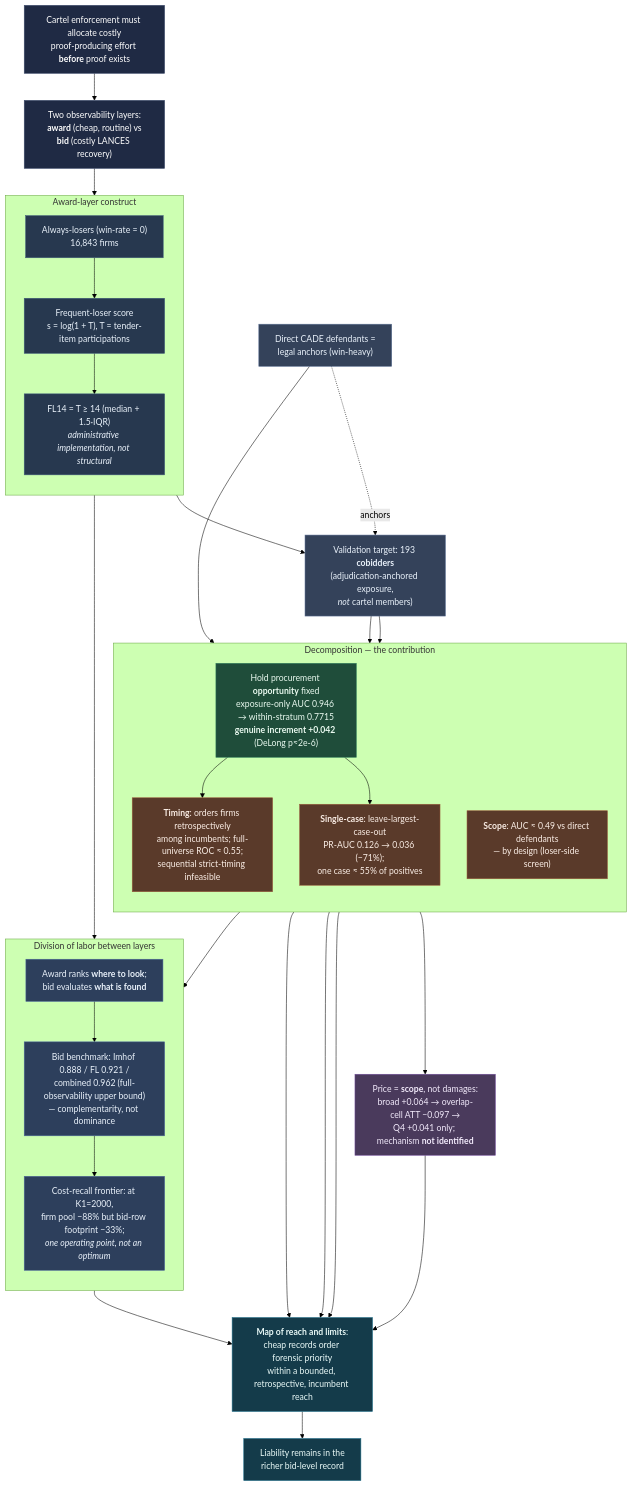
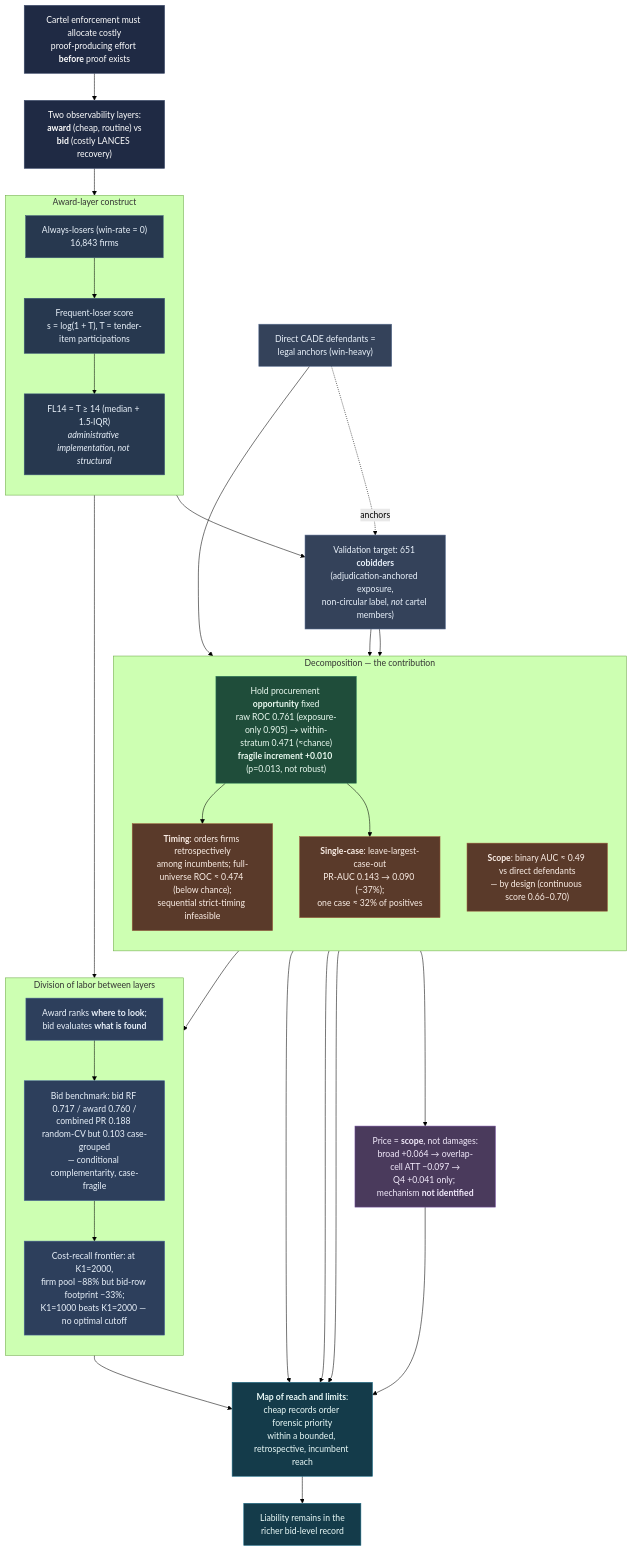
Before and after one commit to darciogm/darciogm.github.io: the diagram in docs/research/frequent-losers/dag.md, drawn with Mermaid (forest theme). The commit also changed other lines of this file and 73 other files, not shown here.

First line of the commit message:
frequent-losers site: reconcile to v22 canonical-target re-estimation (651 label, deflationary results)

````diff
--- a/docs/research/frequent-losers/dag.md
+++ b/docs/research/frequent-losers/dag.md
@@ -12,71 +14,71 @@
 ```mermaid
 flowchart TD
     %% ---------- Premise ----------
     P0["Cartel enforcement must allocate costly<br/>proof-producing effort <b>before</b> proof exists"]:::premise
     P1["Two observability layers:<br/><b>award</b> (cheap, routine) vs<br/><b>bid</b> (costly LANCES recovery)"]:::premise
     P0 --> P1
 
     %% ---------- Construct ----------
     subgraph CON["Award-layer construct"]
       direction TB
       C1["Always-losers (win-rate = 0)<br/>16,843 firms"]:::obj
       C2["Frequent-loser score<br/>s = log(1 + T), T = tender-item participations"]:::obj
       C3["FL14 = T &ge; 14 (median + 1.5&middot;IQR)<br/><i>administrative implementation, not structural</i>"]:::obj
       C1 --> C2 --> C3
     end
     P1 --> C1
 
     %% ---------- Validation target ----------
-    V1["Validation target: 193 <b>cobidders</b><br/>(adjudication-anchored exposure,<br/><i>not</i> cartel members)"]:::target
+    V1["Validation target: 651 <b>cobidders</b><br/>(adjudication-anchored exposure,<br/>non-circular label, <i>not</i> cartel members)"]:::target
     V2["Direct CADE defendants =<br/>legal anchors (win-heavy)"]:::target
     C2 --> V1
     V2 -. anchors .-> V1
 
     %% ---------- Decomposition: the method ----------
     subgraph DEC["Decomposition — the contribution"]
       direction TB
-      D1["Hold procurement <b>opportunity</b> fixed<br/>exposure-only AUC 0.946 &rarr; within-stratum 0.7715<br/><b>genuine increment +0.042</b> (DeLong p&approx;2e-6)"]:::method
-      D2["<b>Timing</b>: orders firms retrospectively<br/>among incumbents; full-universe ROC &approx; 0.55;<br/>sequential strict-timing infeasible"]:::limit
-      D3["<b>Single-case</b>: leave-largest-case-out<br/>PR-AUC 0.126 &rarr; 0.036 (&minus;71%);<br/>one case &approx; 55% of positives"]:::limit
-      D4["<b>Scope</b>: AUC &approx; 0.49 vs direct defendants<br/>&mdash; by design (loser-side screen)"]:::limit
+      D1["Hold procurement <b>opportunity</b> fixed<br/>raw ROC 0.761 (exposure-only 0.905) &rarr; within-stratum 0.471 (&approx;chance)<br/><b>fragile increment +0.010</b> (p=0.013, not robust)"]:::method
+      D2["<b>Timing</b>: orders firms retrospectively<br/>among incumbents; full-universe ROC &approx; 0.474 (below chance);<br/>sequential strict-timing infeasible"]:::limit
+      D3["<b>Single-case</b>: leave-largest-case-out<br/>PR-AUC 0.143 &rarr; 0.090 (&minus;37%);<br/>one case &approx; 32% of positives"]:::limit
+      D4["<b>Scope</b>: binary AUC &approx; 0.49 vs direct defendants<br/>&mdash; by design (continuous score 0.66&ndash;0.70)"]:::limit
     end
     V1 --> D1
     D1 --> D2
     D1 --> D3
     V1 --> D4
     V2 --> D4
 
     %% ---------- Architecture ----------
     subgraph ARC["Division of labor between layers"]
       direction TB
       A1["Award ranks <b>where to look</b>;<br/>bid evaluates <b>what is found</b>"]:::arch
-      A2["Bid benchmark: Imhof 0.888 / FL 0.921 /<br/>combined 0.962 (full-observability upper bound)<br/>&mdash; complementarity, not dominance"]:::arch
-      A3["Cost-recall frontier: at K1=2000,<br/>firm pool &minus;88% but bid-row footprint &minus;33%;<br/><i>one operating point, not an optimum</i>"]:::arch
+      A2["Bid benchmark: bid RF 0.717 / award 0.760 /<br/>combined PR 0.188 random-CV but 0.103 case-grouped<br/>&mdash; conditional complementarity, case-fragile"]:::arch
+      A3["Cost-recall frontier: at K1=2000,<br/>firm pool &minus;88% but bid-row footprint &minus;33%;<br/>K1=1000 beats K1=2000 &mdash; no optimal cutoff"]:::arch
       A1 --> A2 --> A3
     end
     D1 --> A1
     C3 --> A3
 
     %% ---------- Price (scope) ----------
     PR1["Price = <b>scope</b>, not damages:<br/>broad +0.064 &rarr; overlap-cell ATT &minus;0.097 &rarr;<br/>Q4 +0.041 only; mechanism <b>not identified</b>"]:::scope
     D4 --> PR1
 
     %% ---------- Conclusion ----------
     Z1["<b>Map of reach and limits</b>:<br/>cheap records order forensic priority<br/>within a bounded, retrospective, incumbent reach"]:::concl
     Z2["Liability remains in the<br/>richer bid-level record"]:::concl
     D1 --> Z1
     D2 --> Z1
     D3 --> Z1
     A3 --> Z1
     PR1 --> Z1
     Z1 --> Z2
 
     classDef premise fill:#1f2a44,stroke:#3b4a6b,color:#fff;
     classDef obj fill:#27384f,stroke:#3e5c79,color:#eaf2fb;
     classDef target fill:#34425a,stroke:#5b6f93,color:#eaf2fb;
     classDef method fill:#1f4d3a,stroke:#2e7d5b,color:#eafaf0;
     classDef limit fill:#5a3a2a,stroke:#9a5b3b,color:#fbeee6;
     classDef arch fill:#2d3f5c,stroke:#4a679a,color:#eaf2fb;
     classDef scope fill:#4a3a5c,stroke:#6f4a9a,color:#f2eafb;
     classDef concl fill:#143b4a,stroke:#1f6f8b,color:#eafaf8;
 ```
````
